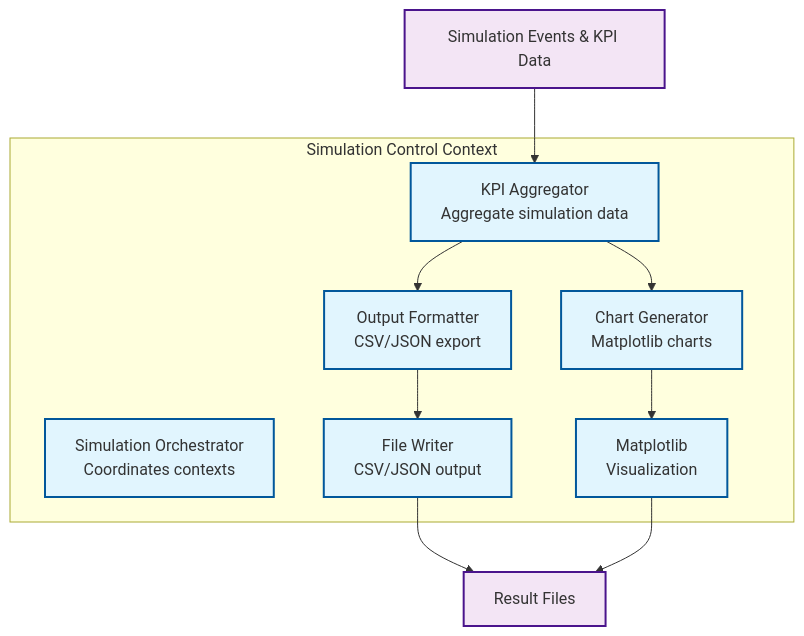
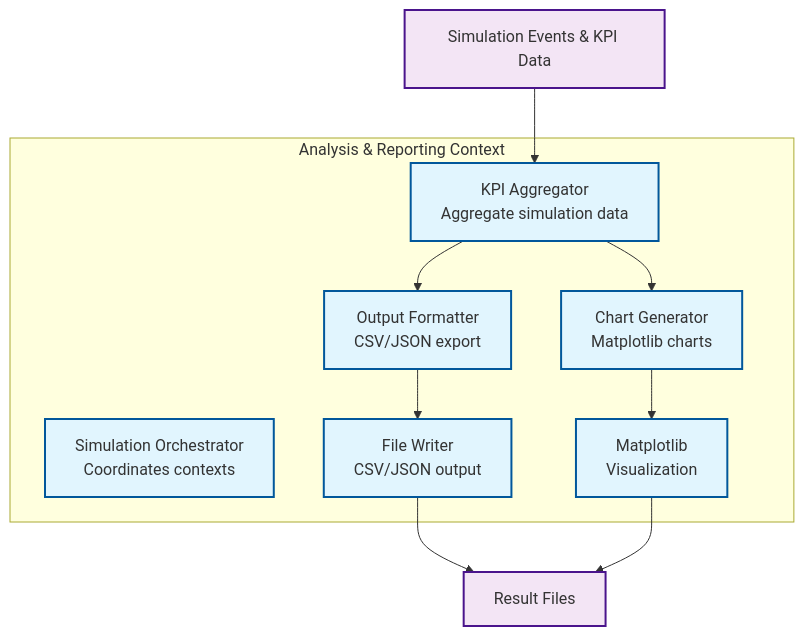
Before and after one commit to OpenRailAssociation/dac-migration-dss-popupsim: the fourth of 4 diagrams in docs/mvp/architecture/05-building-blocks.md, drawn with Mermaid. The commit also changed other lines of this file and 13 other files, not shown here.

````diff
--- a/docs/mvp/architecture/05-building-blocks.md
+++ b/docs/mvp/architecture/05-building-blocks.md
@@ -196,25 +196,25 @@
 ```mermaid
 graph TB
-    subgraph "Simulation Control Context"
+    subgraph "Analysis & Reporting Context"
         Orchestrator["Simulation Orchestrator<br/>Coordinates contexts"]
         Aggregator["KPI Aggregator<br/>Aggregate simulation data"]
         OutputFormatter["Output Formatter<br/>CSV/JSON export"]
         ChartGenerator["Chart Generator<br/>Matplotlib charts"]
         Matplotlib["Matplotlib<br/>Visualization"]
         FileWriter["File Writer<br/>CSV/JSON output"]
     end
 
     SimResults[Simulation Events & KPI Data] --> Aggregator
     Aggregator --> OutputFormatter
     Aggregator --> ChartGenerator
     OutputFormatter --> FileWriter
     ChartGenerator --> Matplotlib
     FileWriter --> Output[Result Files]
     Matplotlib --> Output
 
     classDef component fill:#e1f5fe,stroke:#01579b,stroke-width:2px
     classDef external fill:#f3e5f5,stroke:#4a148c,stroke-width:2px
 
     class Orchestrator,Aggregator,OutputFormatter,ChartGenerator,Matplotlib,FileWriter component
     class SimResults,Output external
 ```
````
